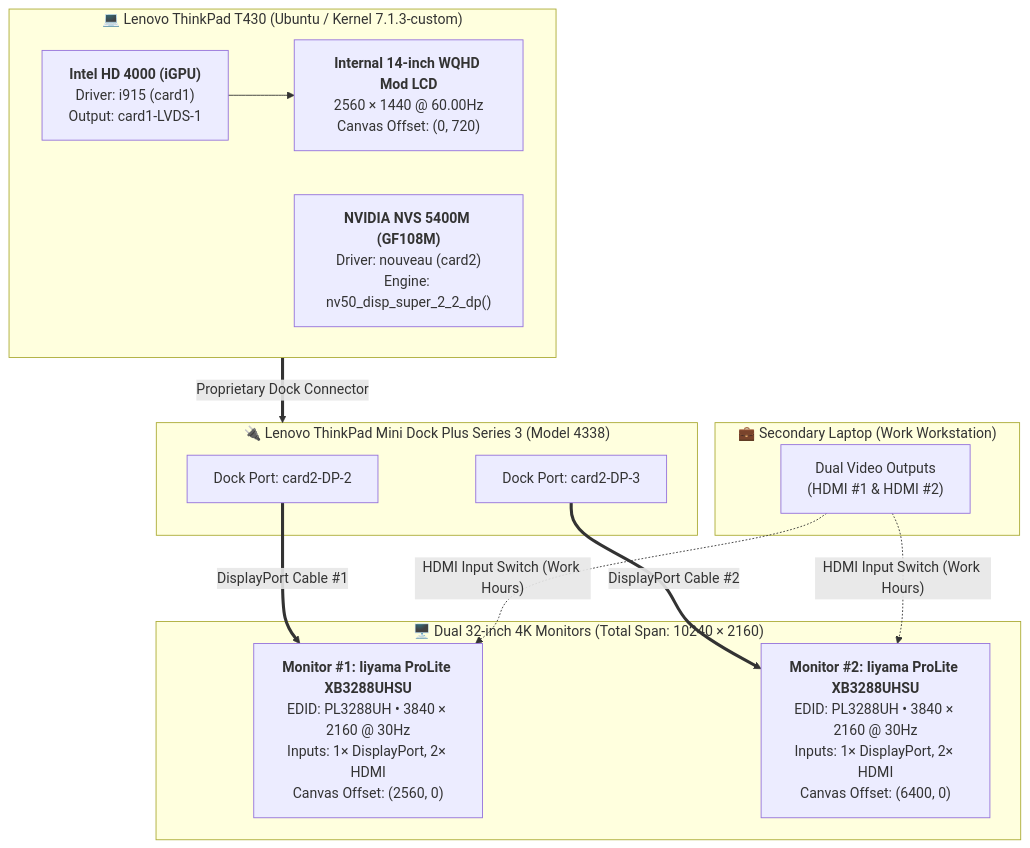
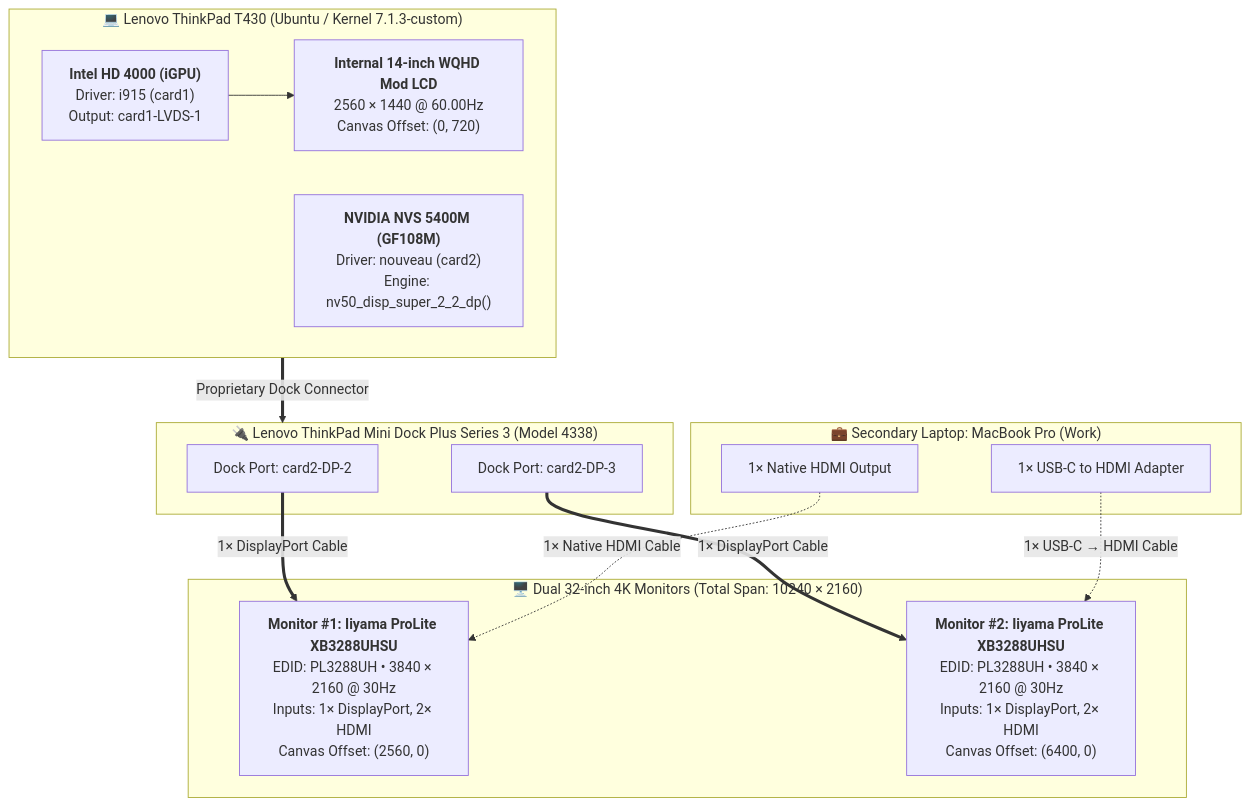
The first of 3 diagrams in assets/mermaid-sources.md (iafilius/t430-4338-dual4K-nouveau-dp-fix), drawn with Mermaid before and after one commit. The commit also changed 3 other files, not shown here.

Commit message:
Update hero-banner.png and topology diagrams with exact DP-2/DP-3 and MacBook Pro HDMI cable routing

````diff
--- a/assets/mermaid-sources.md
+++ b/assets/mermaid-sources.md
@@ -9,30 +9,31 @@
 ```mermaid
 flowchart TB
     subgraph T430["💻 Lenovo ThinkPad T430 (Ubuntu / Kernel 7.1.3-custom)"]
         direction LR
         IGPU["<b>Intel HD 4000 (iGPU)</b><br/>Driver: i915 (card1)<br/>Output: card1-LVDS-1"]
         DGPU["<b>NVIDIA NVS 5400M (GF108M)</b><br/>Driver: nouveau (card2)<br/>Engine: nv50_disp_super_2_2_dp()"]
         LCD["<b>Internal 14-inch WQHD Mod LCD</b><br/>2560 × 1440 @ 60.00Hz<br/>Canvas Offset: (0, 720)"]
         IGPU --> LCD
     end
 
     subgraph DOCK["🔌 Lenovo ThinkPad Mini Dock Plus Series 3 (Model 4338)"]
         DP2["Dock Port: card2-DP-2"]
         DP3["Dock Port: card2-DP-3"]
     end
 
-    subgraph WORK["💼 Secondary Laptop (Work Workstation)"]
-        HDMI_OUT["Dual Video Outputs<br/>(HDMI #1 & HDMI #2)"]
+    subgraph WORK["💼 Secondary Laptop: MacBook Pro (Work)"]
+        HDMI1["1× Native HDMI Output"]
+        HDMI2["1× USB-C to HDMI Adapter"]
     end
 
     subgraph MONITORS["🖥️ Dual 32-inch 4K Monitors (Total Span: 10240 × 2160)"]
         M1["<b>Monitor #1: Iiyama ProLite XB3288UHSU</b><br/>EDID: PL3288UH • 3840 × 2160 @ 30Hz<br/>Inputs: 1× DisplayPort, 2× HDMI<br/>Canvas Offset: (2560, 0)"]
         M2["<b>Monitor #2: Iiyama ProLite XB3288UHSU</b><br/>EDID: PL3288UH • 3840 × 2160 @ 30Hz<br/>Inputs: 1× DisplayPort, 2× HDMI<br/>Canvas Offset: (6400, 0)"]
     end
 
     DGPU ==>|"Proprietary Dock Connector"| DOCK
-    DP2 ==>|"DisplayPort Cable #1"| M1
-    DP3 ==>|"DisplayPort Cable #2"| M2
-    HDMI_OUT -.->|"HDMI Input Switch (Work Hours)"| M1
-    HDMI_OUT -.->|"HDMI Input Switch (Work Hours)"| M2
+    DP2 ==>|"1× DisplayPort Cable"| M1
+    DP3 ==>|"1× DisplayPort Cable"| M2
+    HDMI1 -.->|"1× Native HDMI Cable"| M1
+    HDMI2 -.->|"1× USB-C → HDMI Cable"| M2
 ```
````
